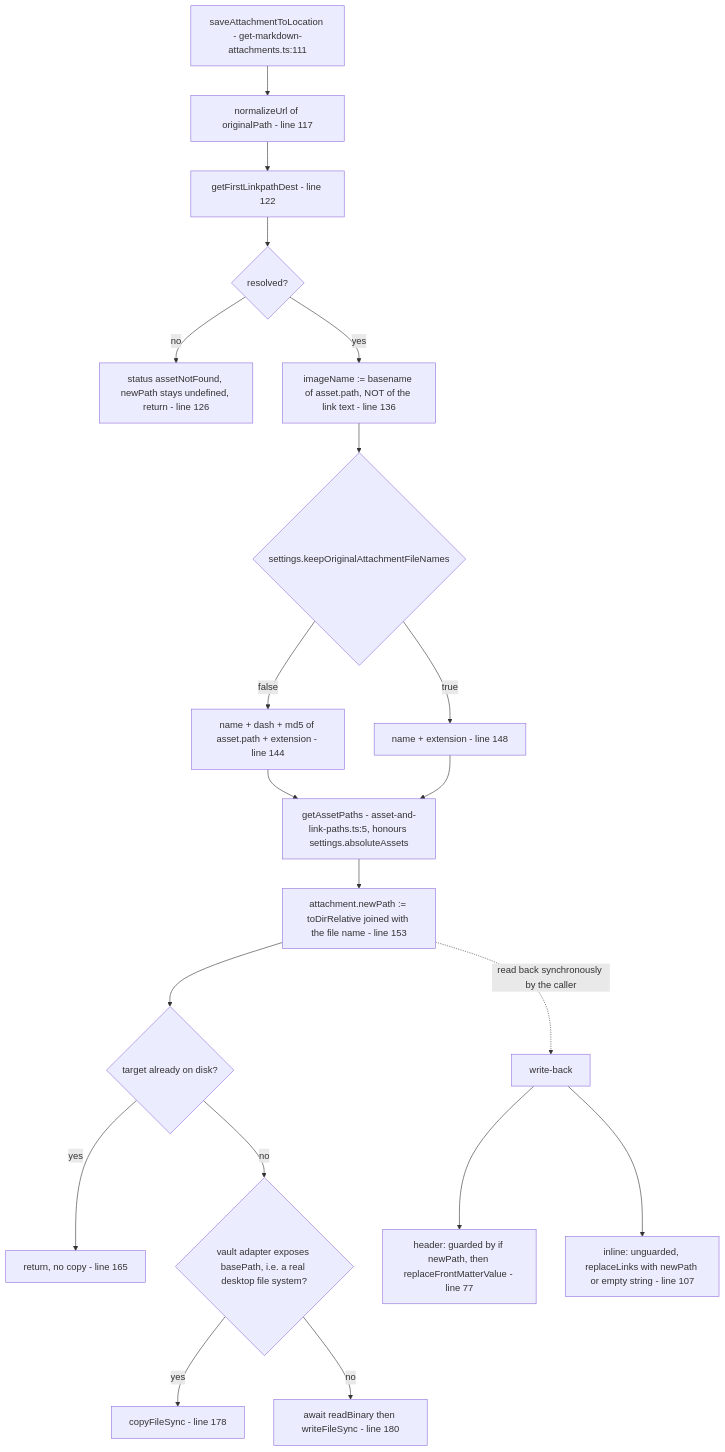
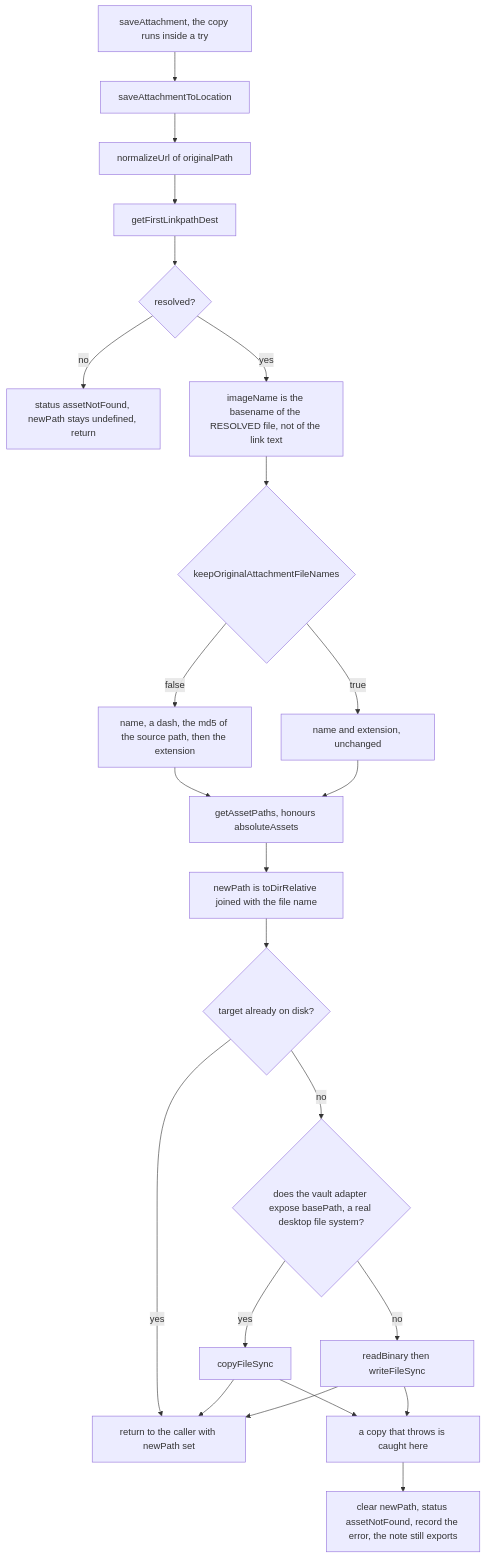
One commit to symunona/obsidian-bulk-exporter changed the ninth of 11 diagrams in docs/link-pipeline.md. Above: the diagram before and after it, drawn with Mermaid. The commit also changed other lines of this file, not shown here.

First line of the commit message:
docs: portable mermaid, and match the code as fixed

````diff
--- a/docs/link-pipeline.md
+++ b/docs/link-pipeline.md
@@ -281,26 +444,26 @@
 ```mermaid
-flowchart TD
-    A["saveAttachmentToLocation - get-markdown-attachments.ts:111"]
-    A --> N["normalizeUrl of originalPath - line 117"]
-    N --> R["getFirstLinkpathDest - line 122"]
-    R --> OK{"resolved?"}
-    OK -- no --> NF["status assetNotFound, newPath stays undefined, return - line 126"]
-    OK -- yes --> NAME["imageName := basename of asset.path, NOT of the link text - line 136"]
-    NAME --> HASH{"settings.keepOriginalAttachmentFileNames"}
-    HASH -- false --> H1["name + dash + md5 of asset.path + extension - line 144"]
-    HASH -- true --> H2["name + extension - line 148"]
-    H1 --> PATHS
+graph TD
+    A[saveAttachment, the copy runs inside a try]
+    A --> B[saveAttachmentToLocation]
+    B --> N[normalizeUrl of originalPath]
+    N --> R[getFirstLinkpathDest]
+    R --> OK{resolved?}
+    OK -- no --> NF[status assetNotFound, newPath stays undefined, return]
+    OK -- yes --> NAME[imageName is the basename of the RESOLVED file, not of the link text]
+    NAME --> HASH{keepOriginalAttachmentFileNames}
+    HASH -- false --> H1[name, a dash, the md5 of the source path, then the extension]
+    HASH -- true --> H2[name and extension, unchanged]
+    H1 --> PATHS[getAssetPaths, honours absoluteAssets]
     H2 --> PATHS
-    PATHS["getAssetPaths - asset-and-link-paths.ts:5, honours settings.absoluteAssets"]
-    PATHS --> SET["attachment.newPath := toDirRelative joined with the file name - line 153"]
-    SET --> EX{"target already on disk?"}
-    EX -- yes --> SKIP["return, no copy - line 165"]
-    EX -- no --> ADAPT{"vault adapter exposes basePath, i.e. a real desktop file system?"}
-    ADAPT -- yes --> CP["copyFileSync - line 178"]
-    ADAPT -- no --> RB["await readBinary then writeFileSync - line 180"]
-
-    SET -.->|"read back synchronously by the caller"| WB
-    WB["write-back"]
-    WB --> WBH["header: guarded by if newPath, then replaceFrontMatterValue - line 77"]
-    WB --> WBI["inline: unguarded, replaceLinks with newPath or empty string - line 107"]
+    PATHS --> SET[newPath is toDirRelative joined with the file name]
+    SET --> EX{target already on disk?}
+    EX -- yes --> DONE[return to the caller with newPath set]
+    EX -- no --> ADAPT{does the vault adapter expose basePath, a real desktop file system?}
+    ADAPT -- yes --> CP[copyFileSync]
+    ADAPT -- no --> RB[readBinary then writeFileSync]
+    CP --> DONE
+    RB --> DONE
+    CP --> THREW[a copy that throws is caught here]
+    RB --> THREW
+    THREW --> CLR[clear newPath, status assetNotFound, record the error, the note still exports]
 ```
````
